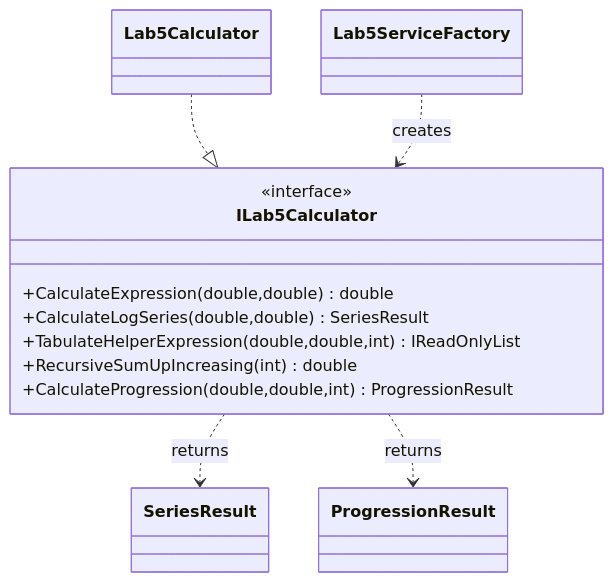
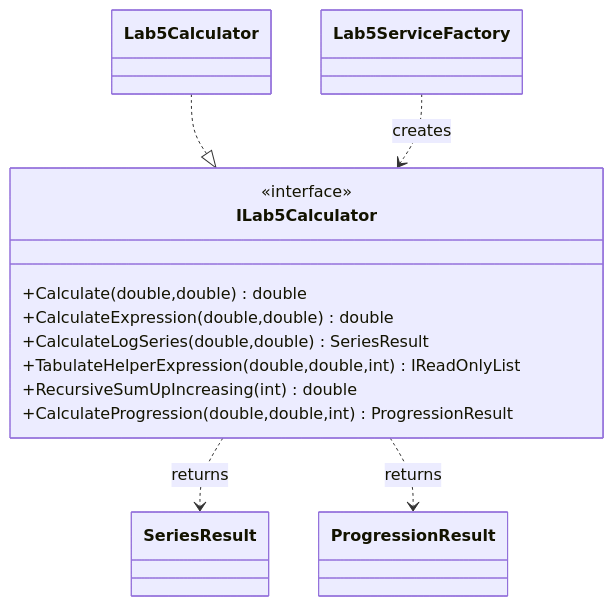
One commit to lviv-polytech/alg-cs-labs changed the third of 3 diagrams in Lb5/README.md. Above: the diagram before and after it, drawn with Mermaid. The commit also changed other lines of this file and 4 other files, not shown here.

````diff
--- a/Lb5/README.md
+++ b/Lb5/README.md
@@ -48,19 +48,20 @@
 ```mermaid
 classDiagram
     class ILab5Calculator {
         <<interface>>
+        +Calculate(double,double) double
         +CalculateExpression(double,double) double
         +CalculateLogSeries(double,double) SeriesResult
         +TabulateHelperExpression(double,double,int) IReadOnlyList
         +RecursiveSumUpIncreasing(int) double
         +CalculateProgression(double,double,int) ProgressionResult
     }
     class Lab5Calculator
     class Lab5ServiceFactory
     class SeriesResult
     class ProgressionResult
     Lab5Calculator ..|> ILab5Calculator
     Lab5ServiceFactory ..> ILab5Calculator : creates
     ILab5Calculator ..> SeriesResult : returns
     ILab5Calculator ..> ProgressionResult : returns
 ```
````
